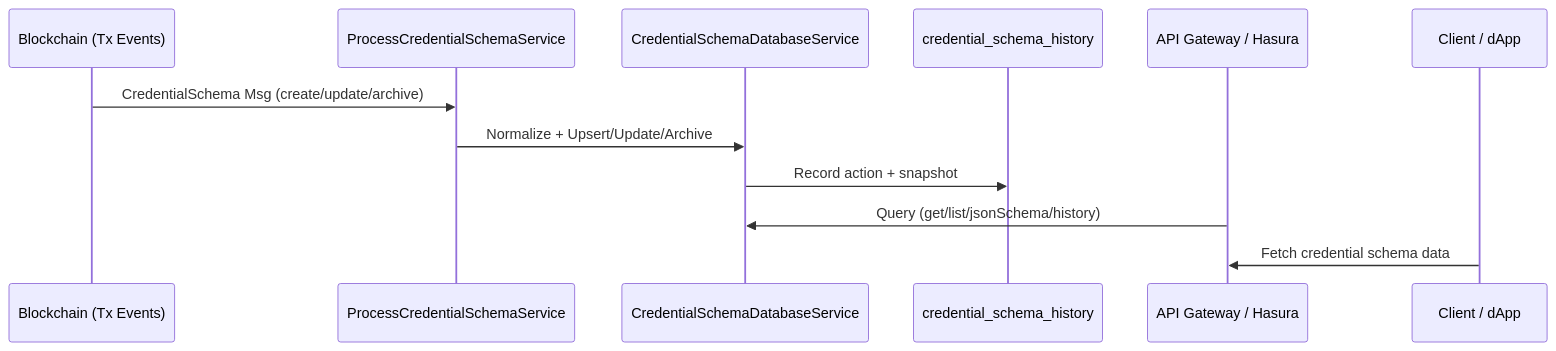
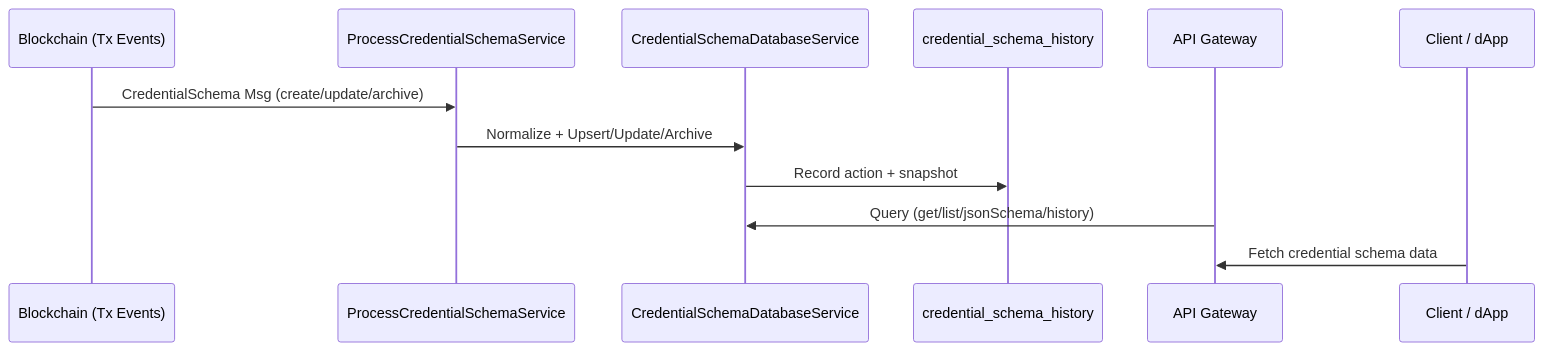
One commit to verana-labs/verana-indexer changed the diagram in docs/services/crawl-cs/crawl-cs.md. Above: the diagram before and after it, drawn with Mermaid. The commit also changed other lines of this file and 88 other files, not shown here.

````diff
--- a/docs/services/crawl-cs/crawl-cs.md
+++ b/docs/services/crawl-cs/crawl-cs.md
@@ -26,15 +26,15 @@
 ```mermaid
 sequenceDiagram
     participant Blockchain as Blockchain (Tx Events)
     participant ProcessSvc as ProcessCredentialSchemaService
     participant DB as CredentialSchemaDatabaseService
     participant History as credential_schema_history
-    participant API as API Gateway / Hasura
+    participant API as API Gateway
     participant User as Client / dApp
 
     Blockchain ->> ProcessSvc: CredentialSchema Msg (create/update/archive)
     ProcessSvc ->> DB: Normalize + Upsert/Update/Archive
     DB ->> History: Record action + snapshot
     API ->> DB: Query (get/list/jsonSchema/history)
     User ->> API: Fetch credential schema data
 ```
````
